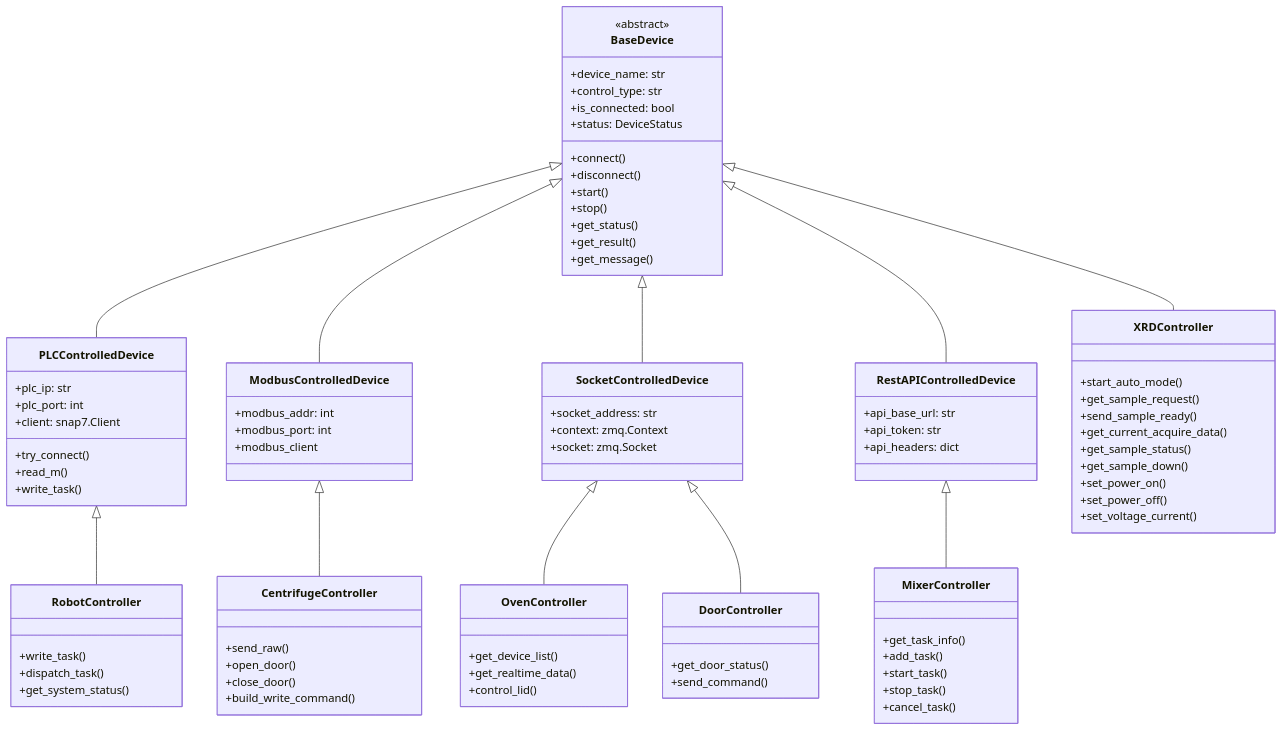
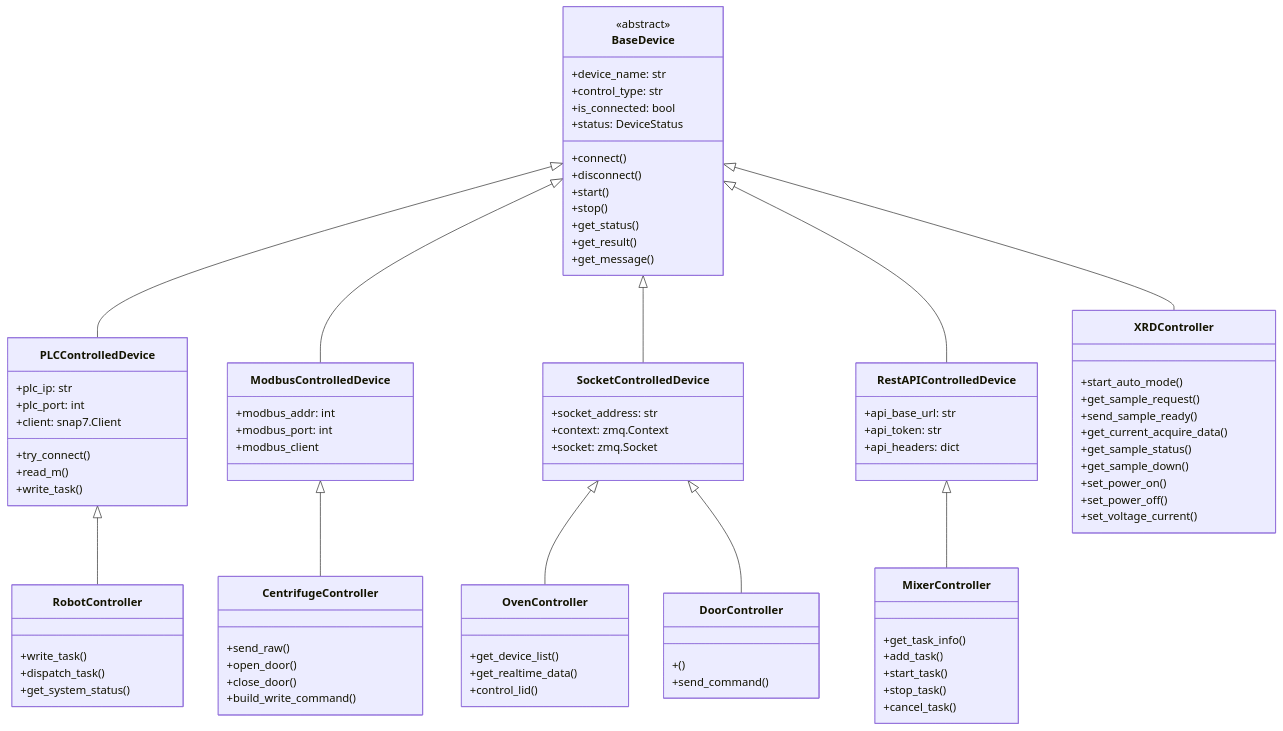
One commit to nipeone/ai4device changed the second of 11 diagrams in docs/系统架构流程图.md. Above: the diagram before and after it, drawn with Mermaid. The commit also changed 11 other files, not shown here.

Commit message:
更新schemas

```diff
--- a/docs/系统架构流程图.md
+++ b/docs/系统架构流程图.md
@@ -183,7 +183,7 @@
     }
     
     class DoorController {
-        +get_door_status()
+        +()
         +send_command()
     }
     
```
